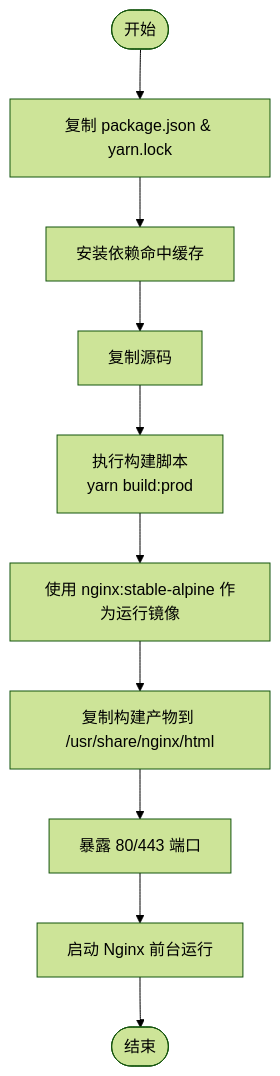
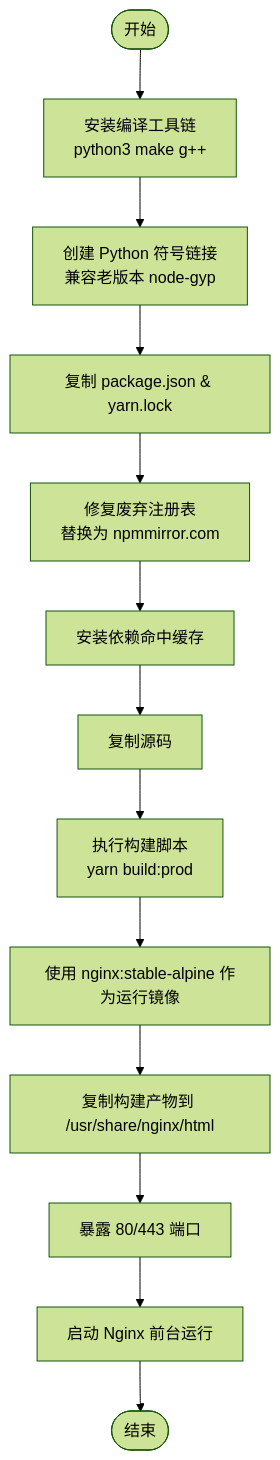
One commit to TinyMaD/SpeedRunnersLab changed the third of 6 diagrams in .qoder/repowiki/zh/content/前端应用/构建部署/Docker 容器化.md. Above: the diagram before and after it, drawn with Mermaid (forest theme). The commit also changed other lines of this file and 13 other files, not shown here.

Commit message:
feat(deploy): 新增部署迁移脚本与图表交互优化

````diff
--- a/.qoder/repowiki/zh/content/前端应用/构建部署/Docker 容器化.md
+++ b/.qoder/repowiki/zh/content/前端应用/构建部署/Docker 容器化.md
@@ -153,12 +161,15 @@
 ```mermaid
 flowchart TD
-Start(["开始"]) --> CopyPkg["复制 package.json & yarn.lock"]
-CopyPkg --> InstallDeps["安装依赖命中缓存"]
+Start(["开始"]) --> InstallTools["安装编译工具链<br/>python3 make g++"]
+InstallTools --> CreateLink["创建 Python 符号链接<br/>兼容老版本 node-gyp"]
+CreateLink --> CopyPkg["复制 package.json & yarn.lock"]
+CopyPkg --> FixRegistry["修复废弃注册表<br/>替换为 npmmirror.com"]
+FixRegistry --> InstallDeps["安装依赖命中缓存"]
 InstallDeps --> CopySrc["复制源码"]
 CopySrc --> BuildStage["执行构建脚本<br/>yarn build:prod"]
 BuildStage --> FromNginx["使用 nginx:stable-alpine 作为运行镜像"]
 FromNginx --> CopyDist["复制构建产物到 /usr/share/nginx/html"]
 CopyDist --> ExposePorts["暴露 80/443 端口"]
 ExposePorts --> CmdNginx["启动 Nginx 前台运行"]
 CmdNginx --> End(["结束"])
 ```
````
